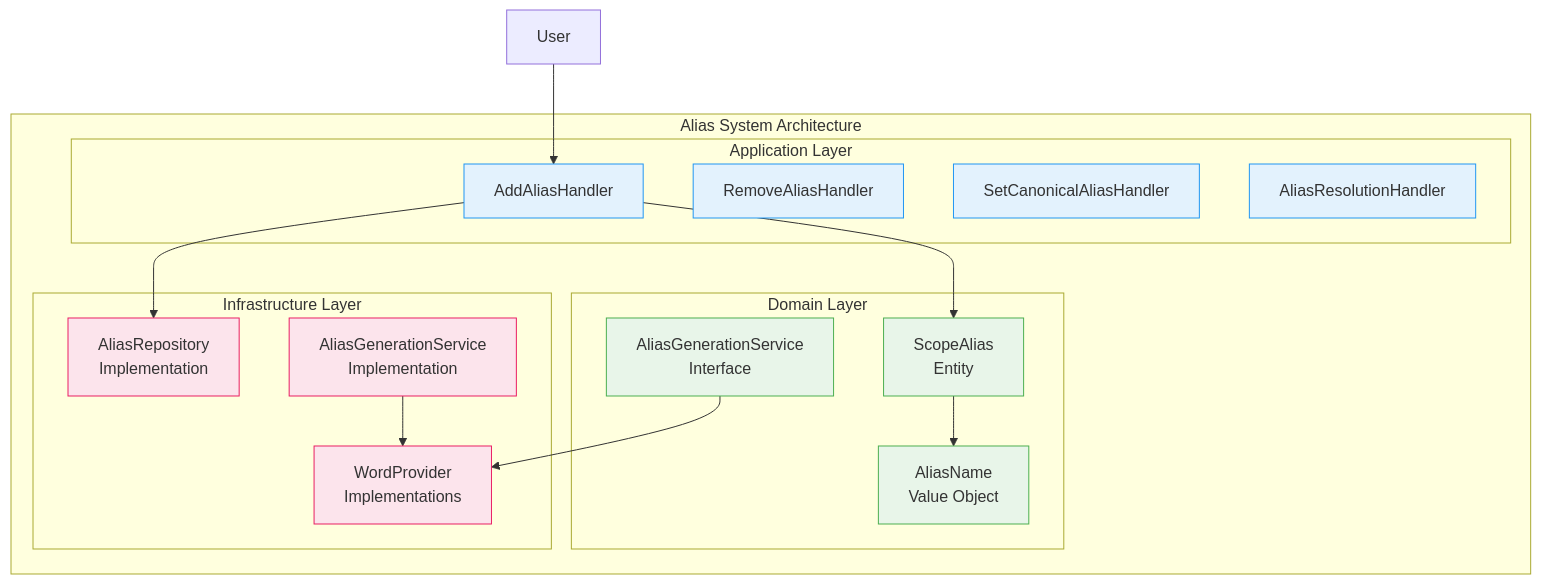
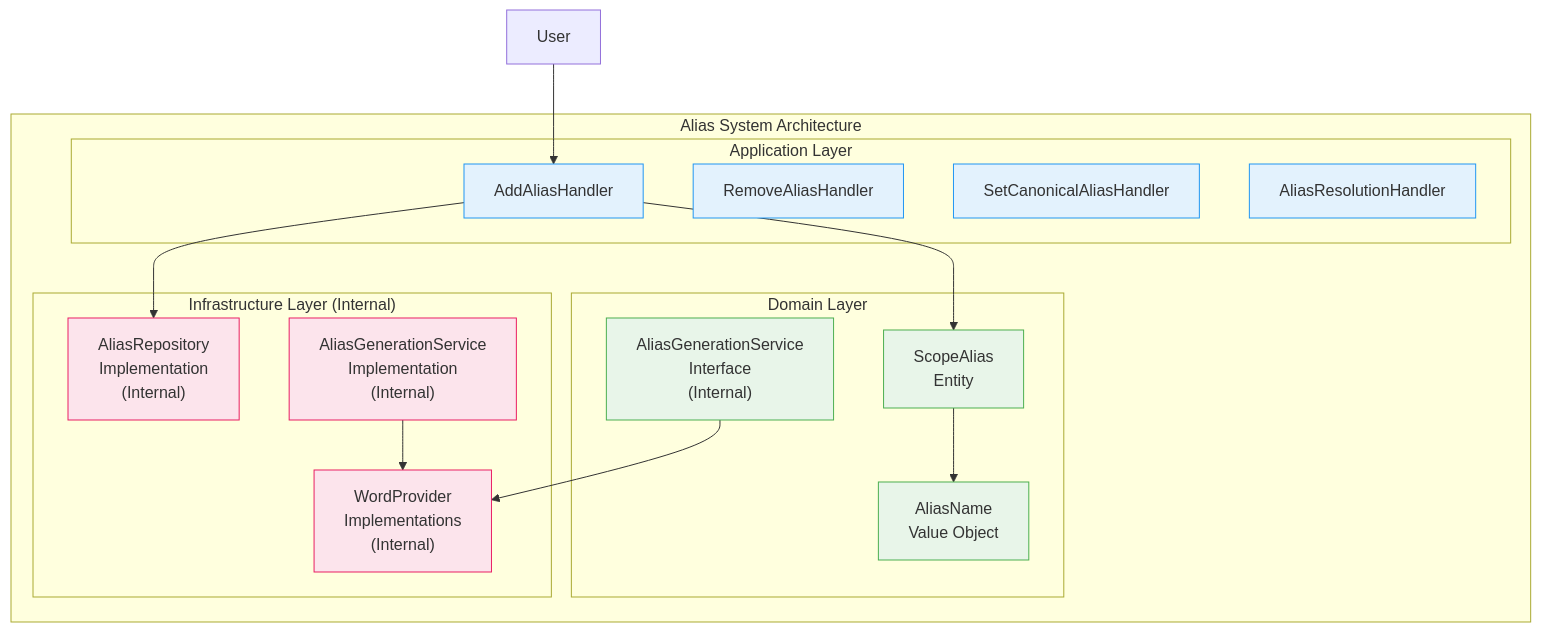
One commit to kamiazya/scopes changed the first of 5 diagrams in docs/reference/api/alias-api-reference.md. Above: the diagram before and after it, drawn with Mermaid. The commit also changed other lines of this file and 14 other files, not shown here.

````diff
--- a/docs/reference/api/alias-api-reference.md
+++ b/docs/reference/api/alias-api-reference.md
@@ -9,38 +9,38 @@
 ```mermaid
 graph TB
     subgraph "Alias System Architecture"
         subgraph "Domain Layer"
             AN[AliasName<br/>Value Object]
             SA[ScopeAlias<br/>Entity]
-            AGS[AliasGenerationService<br/>Interface]
+            AGS["AliasGenerationService<br/>Interface<br/>(Internal)"]
         end
 
         subgraph "Application Layer"
             AAH[AddAliasHandler]
             RAH[RemoveAliasHandler]
             SCAH[SetCanonicalAliasHandler]
             ARH[AliasResolutionHandler]
         end
 
-        subgraph "Infrastructure Layer"
-            AR[AliasRepository<br/>Implementation]
-            AGI[AliasGenerationService<br/>Implementation]
-            WP[WordProvider<br/>Implementations]
+        subgraph "Infrastructure Layer (Internal)"
+            AR["AliasRepository<br/>Implementation<br/>(Internal)"]
+            AGI["AliasGenerationService<br/>Implementation<br/>(Internal)"]
+            WP["WordProvider<br/>Implementations<br/>(Internal)"]
         end
     end
 
     User[User] --> AAH
     AAH --> SA
     SA --> AN
     AAH --> AR
     AGS --> WP
     AGI --> WP
 
     classDef domain fill:#e8f5e9,stroke:#4caf50
     classDef application fill:#e3f2fd,stroke:#2196f3
     classDef infrastructure fill:#fce4ec,stroke:#e91e63
 
     class AN,SA,AGS domain
     class AAH,RAH,SCAH,ARH application
     class AR,AGI,WP infrastructure
 ```
````
